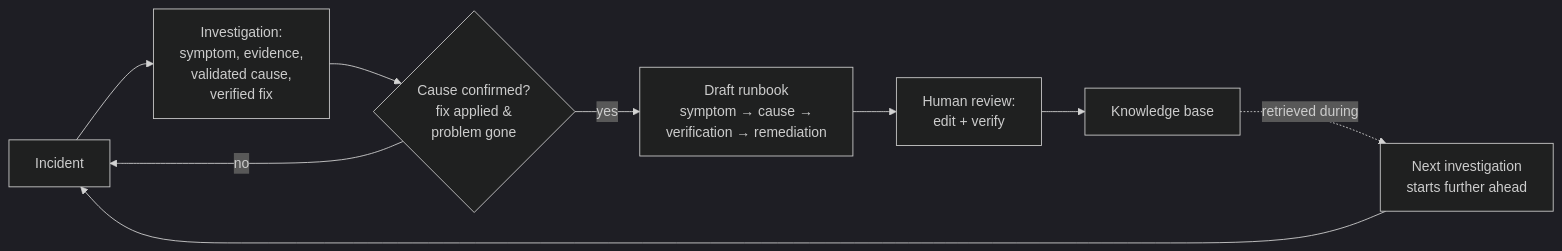
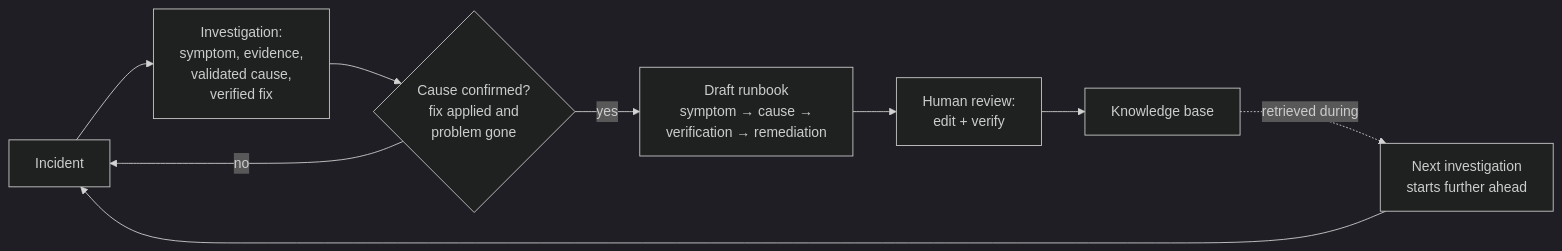
One commit to FaultMaven/faultmaven-website changed the diagram in content/blog/2026-05-12-knowledge-flywheel.md. Above: the diagram before and after it, drawn with Mermaid (dark theme). The commit also changed 1 other file, not shown here.

Commit message:
fix(blog): restore Mermaid diagram labels and fix a diagram parse error (#21)
Two rendering defects in the published diagrams:

1. Labels missing (shapes/arrows with no words): DOMPurify drops <foreignObject>
   by default (it's in svgDisallowed), which is exactly where mermaid puts HTML
   text labels. Re-allow that element via ADD_TAGS; scripts, event handlers, and
   iframes inside it are still stripped, so the xss sink stays closed.

2. knowledge-flywheel diagram: an unquoted '&' inside a {…} node label is the
   mermaid chaining operator and fails the parse (leaving raw source visible).
   Reword to 'and'.

````diff
--- a/content/blog/2026-05-12-knowledge-flywheel.md
+++ b/content/blog/2026-05-12-knowledge-flywheel.md
@@ -94,11 +94,11 @@
 ```mermaid
 flowchart LR
     A[Incident] --> B[Investigation:<br/>symptom, evidence,<br/>validated cause,<br/>verified fix]
-    B --> C{Cause confirmed?<br/>fix applied &<br/>problem gone}
+    B --> C{Cause confirmed?<br/>fix applied and<br/>problem gone}
     C -->|yes| D[Draft runbook<br/>symptom → cause →<br/>verification → remediation]
     C -->|no| A
     D --> E[Human review:<br/>edit + verify]
     E --> F[Knowledge base]
     F -.retrieved during.-> G[Next investigation<br/>starts further ahead]
     G --> A
 ```
````
